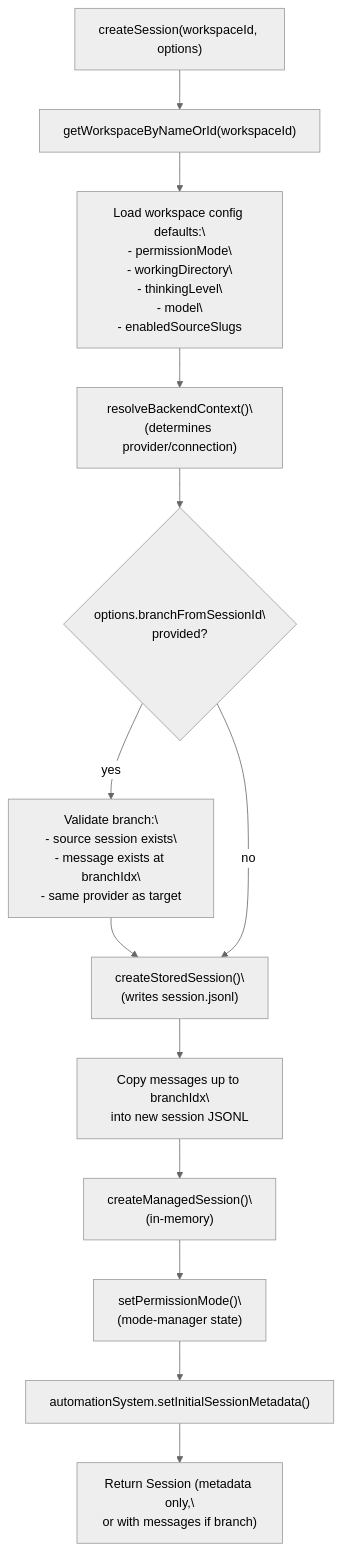
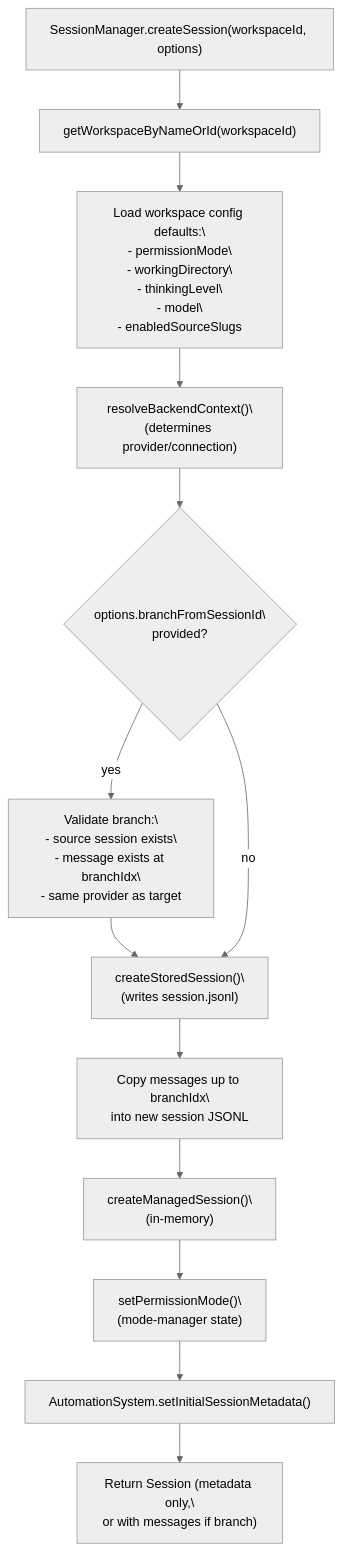
The fourth of 6 diagrams in docs/lukilabs_craft-agents-oss/api-reference/sessionmanager-api.md (blackcater/zentree), drawn with Mermaid (neutral theme) before and after one commit. The commit also changed other lines of this file and 232 other files, not shown here.

````diff
--- a/docs/lukilabs_craft-agents-oss/api-reference/sessionmanager-api.md
+++ b/docs/lukilabs_craft-agents-oss/api-reference/sessionmanager-api.md
@@ -272,45 +249,45 @@
 ```mermaid
 graph TB
-    Create["createSession(workspaceId, options)"]
+    Create["SessionManager.createSession(workspaceId, options)"]
     ValidateWS["getWorkspaceByNameOrId(workspaceId)"]
     LoadDefaults["Load workspace config defaults:\
 - permissionMode\
 - workingDirectory\
 - thinkingLevel\
 - model\
 - enabledSourceSlugs"]
     ResolveContext["resolveBackendContext()\
 (determines provider/connection)"]
-
+    
     BranchValidation{"options.branchFromSessionId\
 provided?"}
     ValidateBranch["Validate branch:\
 - source session exists\
 - message exists at branchIdx\
 - same provider as target"]
     CopyMessages["Copy messages up to branchIdx\
 into new session JSONL"]
-
+    
     CreateStored["createStoredSession()\
 (writes session.jsonl)"]
     CreateManaged["createManagedSession()\
 (in-memory)"]
     InitModeManager["setPermissionMode()\
 (mode-manager state)"]
-    InitAutomation["automationSystem.setInitialSessionMetadata()"]
+    InitAutomation["AutomationSystem.setInitialSessionMetadata()"]
     Return["Return Session (metadata only,\
 or with messages if branch)"]
-
+    
     Create --> ValidateWS
     ValidateWS --> LoadDefaults
     LoadDefaults --> ResolveContext
     ResolveContext --> BranchValidation
     BranchValidation -- yes --> ValidateBranch
     ValidateBranch --> CreateStored
     CreateStored --> CopyMessages
     CopyMessages --> CreateManaged
     BranchValidation -- no --> CreateStored
     CreateManaged --> InitModeManager
     InitModeManager --> InitAutomation
     InitAutomation --> Return
 ```
````
